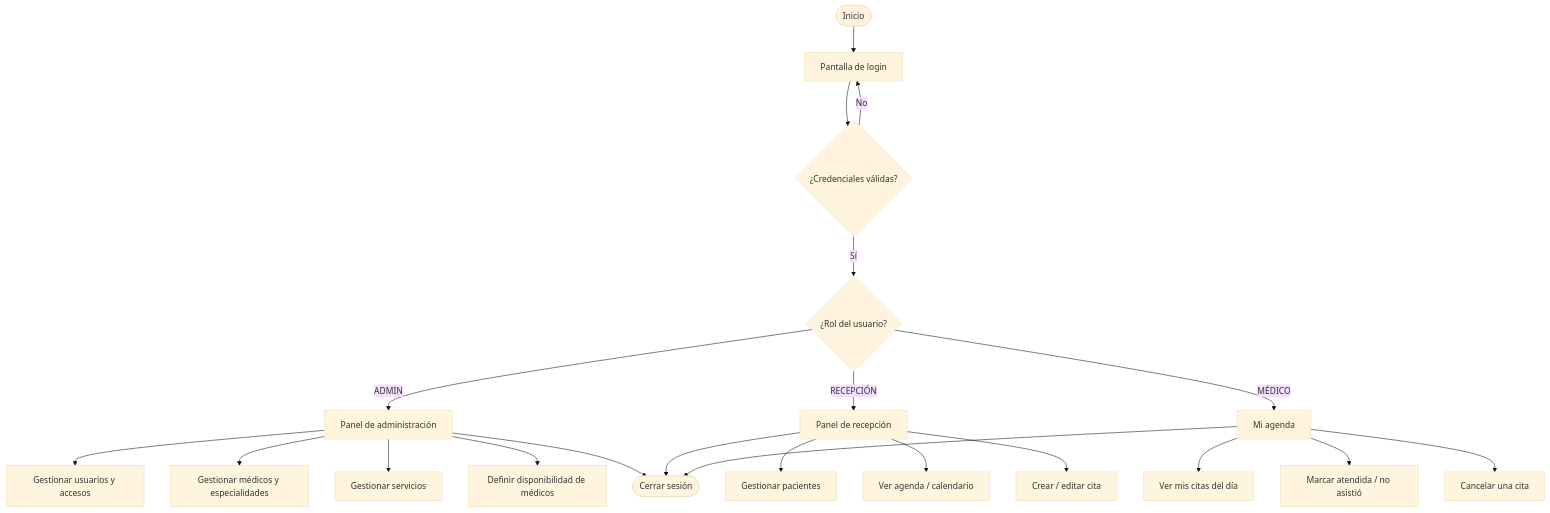
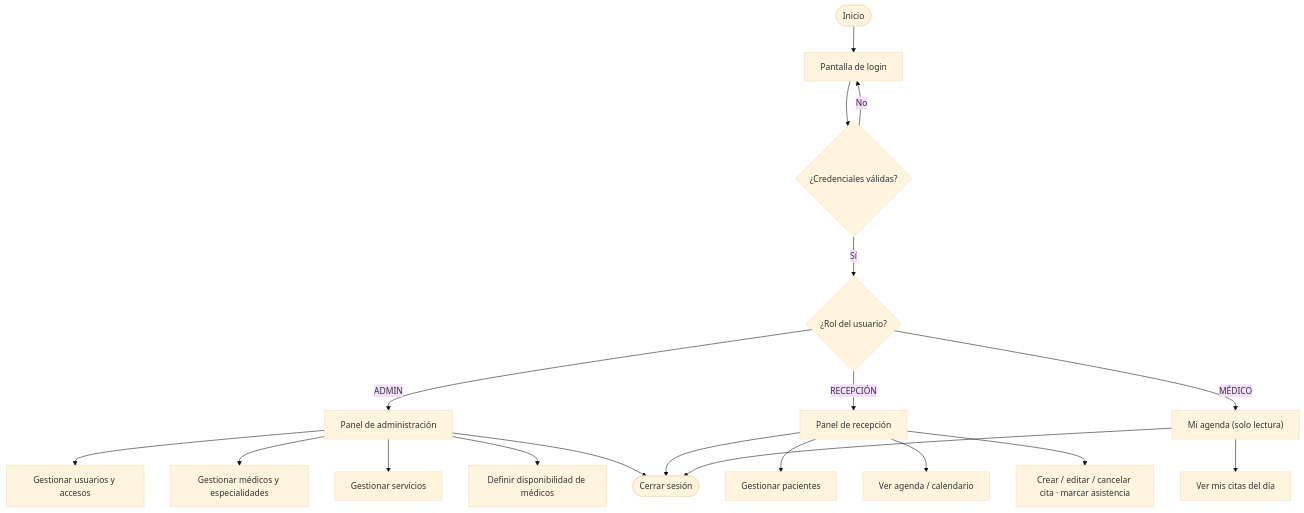
Before and after one commit to DhanaCorredor/diagnostico-backend: the first of 2 diagrams in docs/FLUJO-USUARIO.md, drawn with Mermaid (base theme). The commit also changed 7 other files, not shown here.

````diff
--- a/docs/FLUJO-USUARIO.md
+++ b/docs/FLUJO-USUARIO.md
@@ -7,31 +7,29 @@
 ```mermaid
 flowchart TD
     A([Inicio]) --> B[Pantalla de login]
     B --> C{¿Credenciales válidas?}
     C -- No --> B
     C -- Sí --> D{¿Rol del usuario?}
 
     %% ADMIN
     D -- ADMIN --> E[Panel de administración]
     E --> E1[Gestionar usuarios y accesos]
     E --> E2[Gestionar médicos y especialidades]
     E --> E3[Gestionar servicios]
     E --> E4[Definir disponibilidad de médicos]
 
     %% RECEPCIÓN
     D -- RECEPCIÓN --> F[Panel de recepción]
     F --> F1[Gestionar pacientes]
     F --> F2[Ver agenda / calendario]
-    F --> G[Crear / editar cita]
+    F --> G[Crear / editar / cancelar cita · marcar asistencia]
 
     %% MÉDICO
-    D -- MÉDICO --> H[Mi agenda]
+    D -- MÉDICO --> H["Mi agenda (solo lectura)"]
     H --> H1[Ver mis citas del día]
-    H --> H2[Marcar atendida / no asistió]
-    H --> H3[Cancelar una cita]
 
     %% Cierre
     E --> Z([Cerrar sesión])
     F --> Z
     H --> Z
 ```
````
